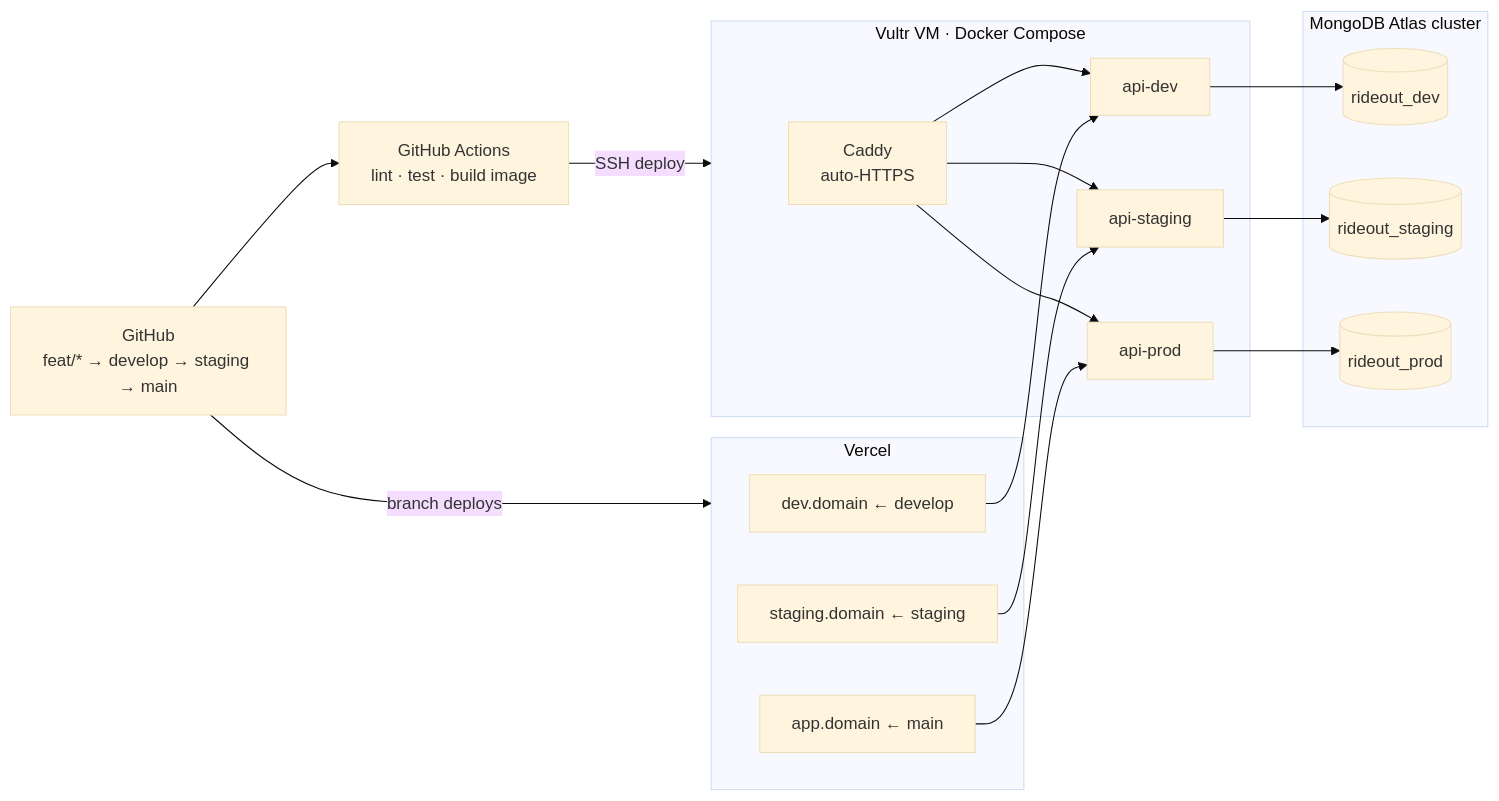
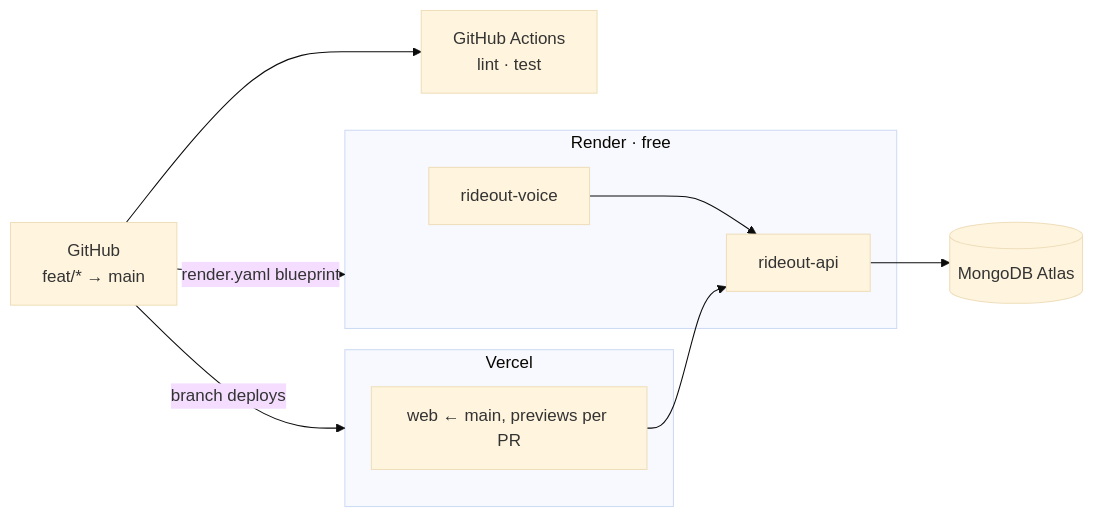
Before and after one commit to yashpy/Rideout: diagram 11 of 11 in docs/ARCHITECTURE.md, drawn with Mermaid (base theme). The commit also changed other lines of this file and 41 other files, not shown here.

````diff
--- a/docs/ARCHITECTURE.md
+++ b/docs/ARCHITECTURE.md
@@ -409,33 +402,21 @@
 ```mermaid
 flowchart LR
-  GH["GitHub<br/>feat/* → develop → staging → main"] --> GA[GitHub Actions<br/>lint · test · build image]
-  GA -->|SSH deploy| VU
+  GH["GitHub<br/>feat/* → main"] --> GA[GitHub Actions<br/>lint · test]
+  GH -->|render.yaml blueprint| RD
   GH -->|branch deploys| VC
 
-  subgraph VU[Vultr VM · Docker Compose]
-    CD[Caddy<br/>auto-HTTPS]
-    A1[api-dev]
-    A2[api-staging]
-    A3[api-prod]
-    CD --> A1 & A2 & A3
+  subgraph RD[Render · free]
+    A1[rideout-api]
+    V1[rideout-voice]
   end
 
   subgraph VC[Vercel]
-    W1[dev.domain ← develop]
-    W2[staging.domain ← staging]
-    W3[app.domain ← main]
+    W1[web ← main, previews per PR]
   end
 
-  subgraph AT[MongoDB Atlas cluster]
-    D1[(rideout_dev)]
-    D2[(rideout_staging)]
-    D3[(rideout_prod)]
-  end
+  AT[(MongoDB Atlas)]
 
-  A1 --> D1
-  A2 --> D2
-  A3 --> D3
+  A1 --> AT
+  V1 --> A1
   W1 --> A1
-  W2 --> A2
-  W3 --> A3
 ```
````
